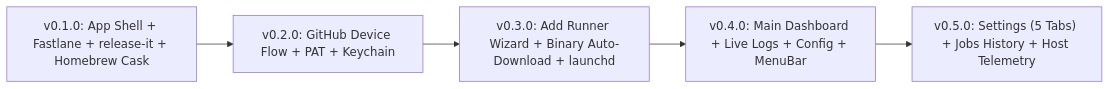
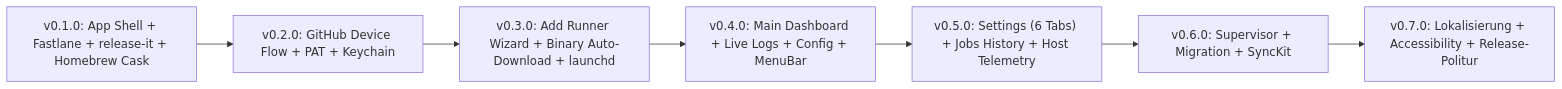
The diagram in docs/README.md (loesch-digital/octorunner), drawn with Mermaid before and after one commit. The commit also changed other lines of this file and 24 other files, not shown here.

````diff
--- a/docs/README.md
+++ b/docs/README.md
@@ -41,7 +42,9 @@
 ```mermaid
 flowchart LR
     v01["v0.1.0: App Shell + Fastlane + release-it + Homebrew Cask"] --> v02["v0.2.0: GitHub Device Flow + PAT + Keychain"]
     v02 --> v03["v0.3.0: Add Runner Wizard + Binary Auto-Download + launchd"]
     v03 --> v04["v0.4.0: Main Dashboard + Live Logs + Config + MenuBar"]
-    v04 --> v05["v0.5.0: Settings (5 Tabs) + Jobs History + Host Telemetry"]
+    v04 --> v05["v0.5.0: Settings (6 Tabs) + Jobs History + Host Telemetry"]
+    v05 --> v06["v0.6.0: Supervisor + Migration + SyncKit"]
+    v06 --> v07["v0.7.0: Lokalisierung + Accessibility + Release-Politur"]
 ```
````
